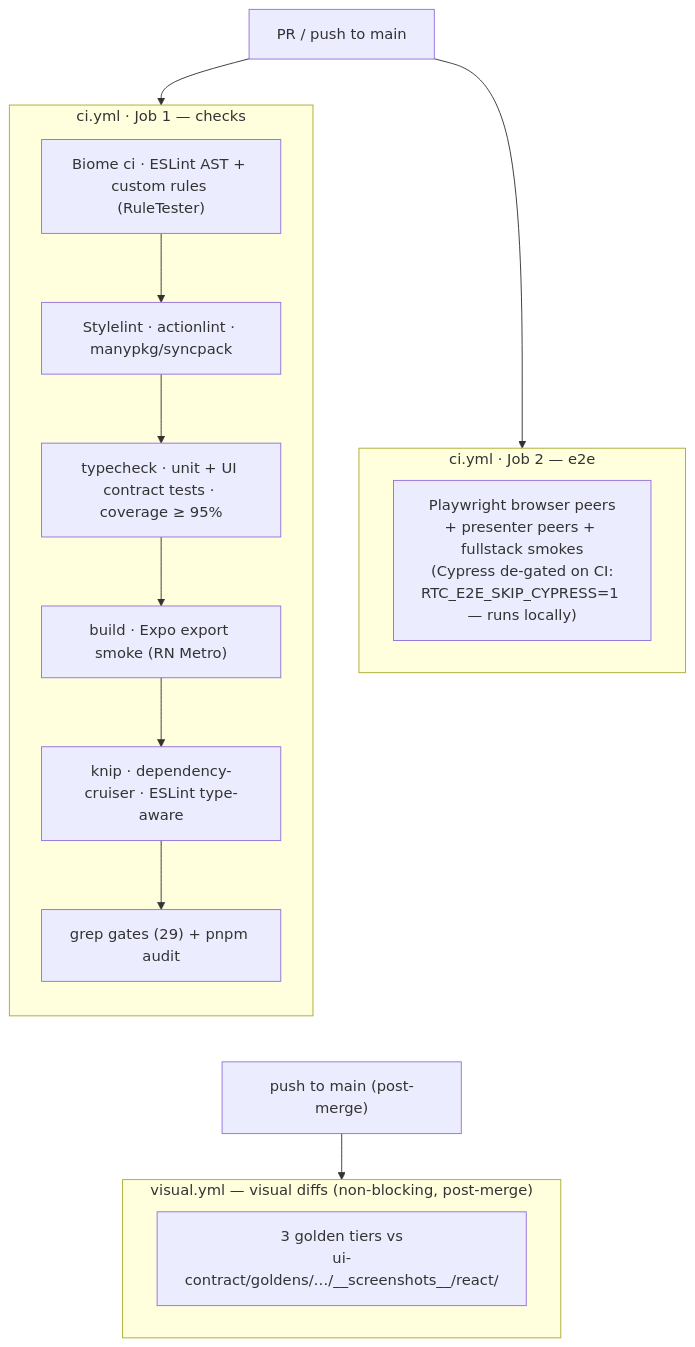
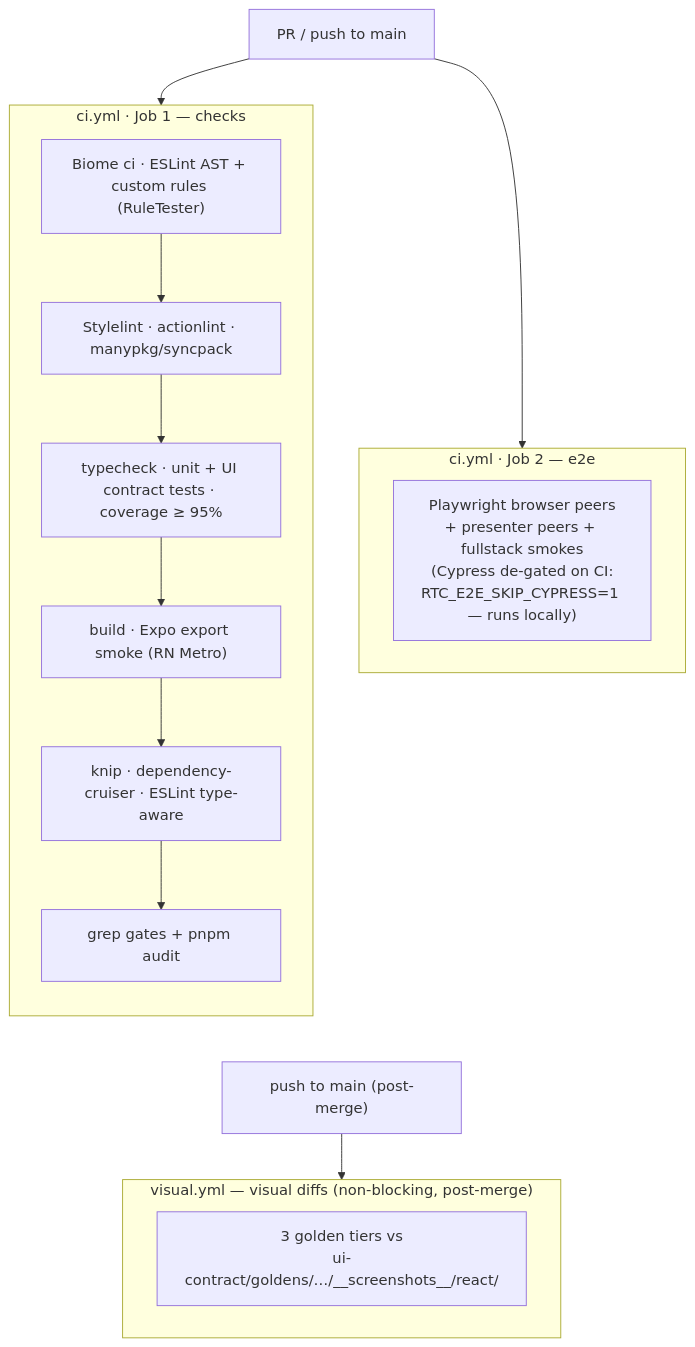
One commit to bettersoftware-io/ReactiveTraderCloudClone changed the diagram in docs/architecture/09-test-strategy.md. Above: the diagram before and after it, drawn with Mermaid. The commit also changed other lines of this file and 6 other files, not shown here.

````diff
--- a/docs/architecture/09-test-strategy.md
+++ b/docs/architecture/09-test-strategy.md
@@ -166,25 +165,25 @@
 ```mermaid
 flowchart TD
     trigger["PR / push to main"]
     trigger --> checks
     trigger --> e2e
     subgraph checks["ci.yml · Job 1 — checks"]
         direction TB
         c1["Biome ci · ESLint AST + custom rules (RuleTester)"]
         c1 --> c3["Stylelint · actionlint · manypkg/syncpack"]
         c3 --> c4["typecheck · unit + UI contract tests · coverage ≥ 95%"]
         c4 --> c6["build · Expo export smoke (RN Metro)"]
         c6 --> c7["knip · dependency-cruiser · ESLint type-aware"]
-        c7 --> c8["grep gates (29) + pnpm audit"]
+        c7 --> c8["grep gates + pnpm audit"]
     end
     subgraph e2e["ci.yml · Job 2 — e2e"]
         e1["Playwright browser peers<br/>+ presenter peers + fullstack smokes<br/>(Cypress de-gated on CI:<br/>RTC_E2E_SKIP_CYPRESS=1 — runs locally)"]
     end
     checks ~~~ postmerge
     e2e ~~~ postmerge
     postmerge["push to main (post-merge)"]
     postmerge --> visual
     subgraph visual["visual.yml — visual diffs (non-blocking, post-merge)"]
         v1["3 golden tiers vs<br/>ui-contract/goldens/…/__screenshots__/react/"]
     end
 ```
````
